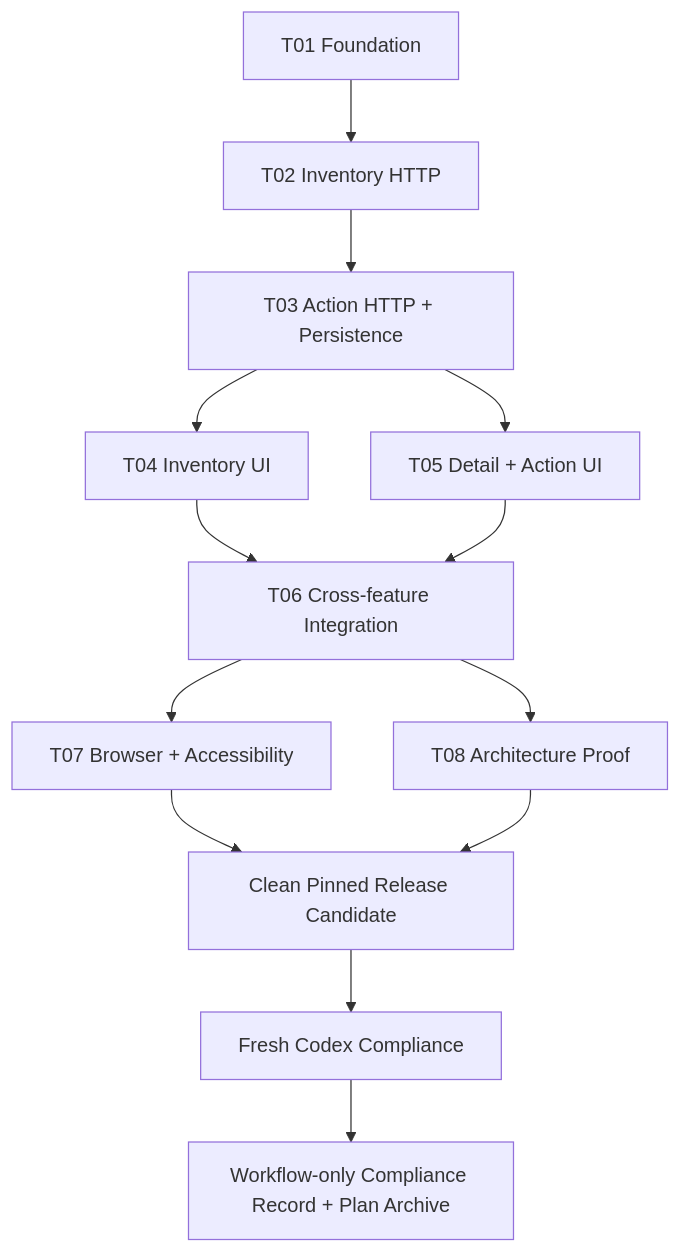
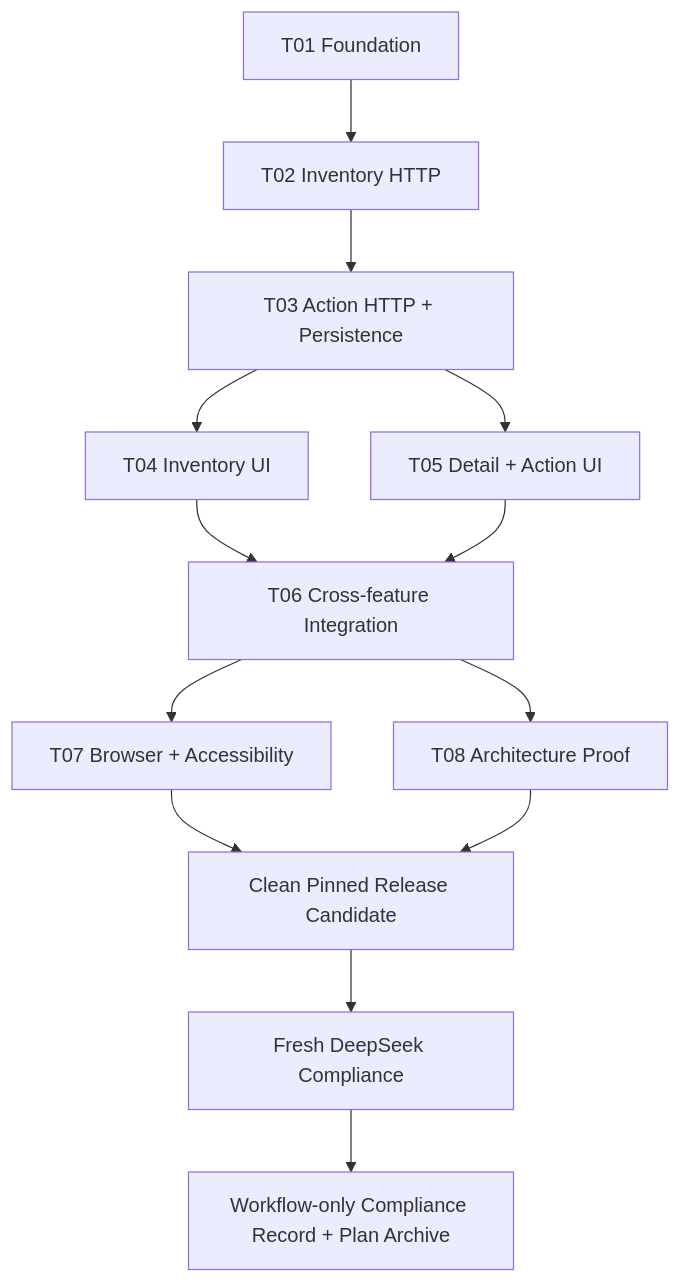
Before and after one commit to nqanhtu/keyloop-challenge: the diagram in docs/plans/active/implementation.md, drawn with Mermaid. The commit also changed other lines of this file, not shown here.

Commit message:
docs: hand active plan to DeepSeek-only runtime

````diff
--- a/docs/plans/active/implementation.md
+++ b/docs/plans/active/implementation.md
@@ -164,15 +164,15 @@
 ```mermaid
 flowchart TD
   T01[T01 Foundation] --> T02[T02 Inventory HTTP]
   T02 --> T03[T03 Action HTTP + Persistence]
   T03 --> T04[T04 Inventory UI]
   T03 --> T05[T05 Detail + Action UI]
   T04 --> T06[T06 Cross-feature Integration]
   T05 --> T06
   T06 --> T07[T07 Browser + Accessibility]
   T06 --> T08[T08 Architecture Proof]
   T07 --> RC[Clean Pinned Release Candidate]
   T08 --> RC
-  RC --> COMP[Fresh Codex Compliance]
+  RC --> COMP[Fresh DeepSeek Compliance]
   COMP --> RECORD[Workflow-only Compliance Record + Plan Archive]
 ```
````
